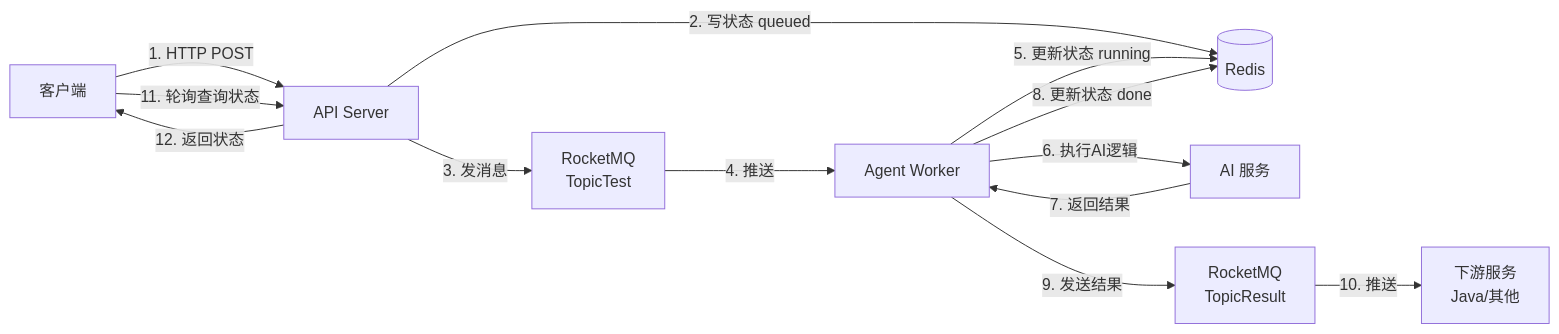
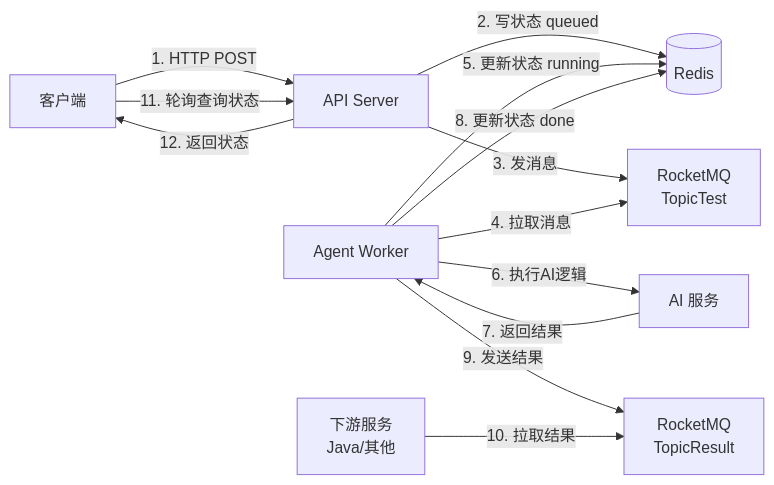
Before and after one commit to refreshing-wind/agent_prod: the diagram in README.md, drawn with Mermaid. The commit also changed other lines of this file, not shown here.

Commit message:
fix:修复readme流程图问题

````diff
--- a/README.md
+++ b/README.md
@@ -194,15 +194,15 @@
 ```mermaid
 graph LR
     A[客户端] -->|1. HTTP POST| B[API Server]
     B -->|2. 写状态 queued| C[(Redis)]
     B -->|3. 发消息| D[RocketMQ<br/>TopicTest]
-    D -->|4. 推送| E[Agent Worker]
+    E[Agent Worker] -->|4. 拉取消息| D
     E -->|5. 更新状态 running| C
     E -->|6. 执行AI逻辑| F[AI 服务]
     F -->|7. 返回结果| E
     E -->|8. 更新状态 done| C
     E -->|9. 发送结果| G[RocketMQ<br/>TopicResult]
-    G -->|10. 推送| H[下游服务<br/>Java/其他]
+    H[下游服务<br/>Java/其他] -->|10. 拉取结果| G
     A -->|11. 轮询查询状态| B
     B -->|12. 返回状态| A
 ```
````
